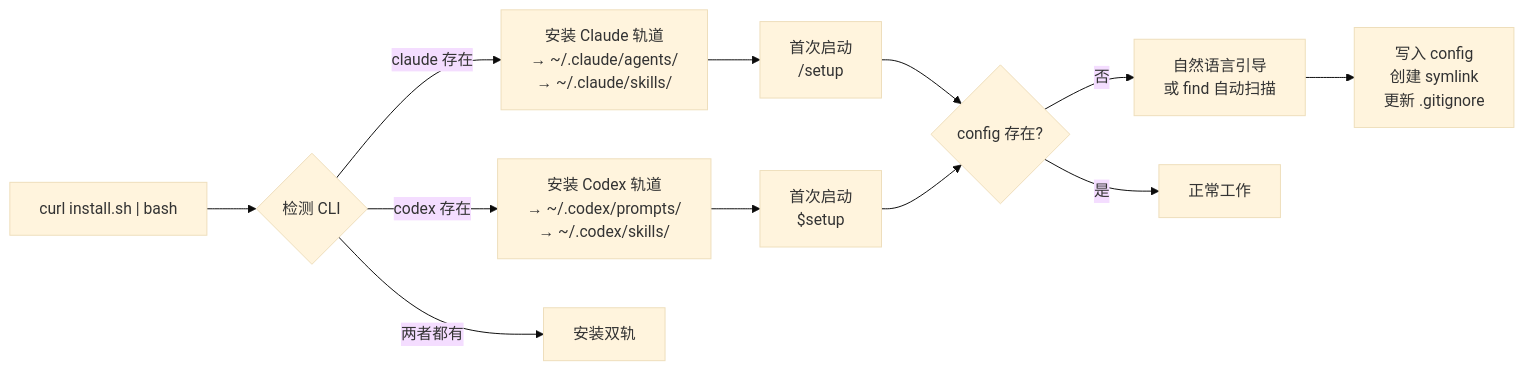
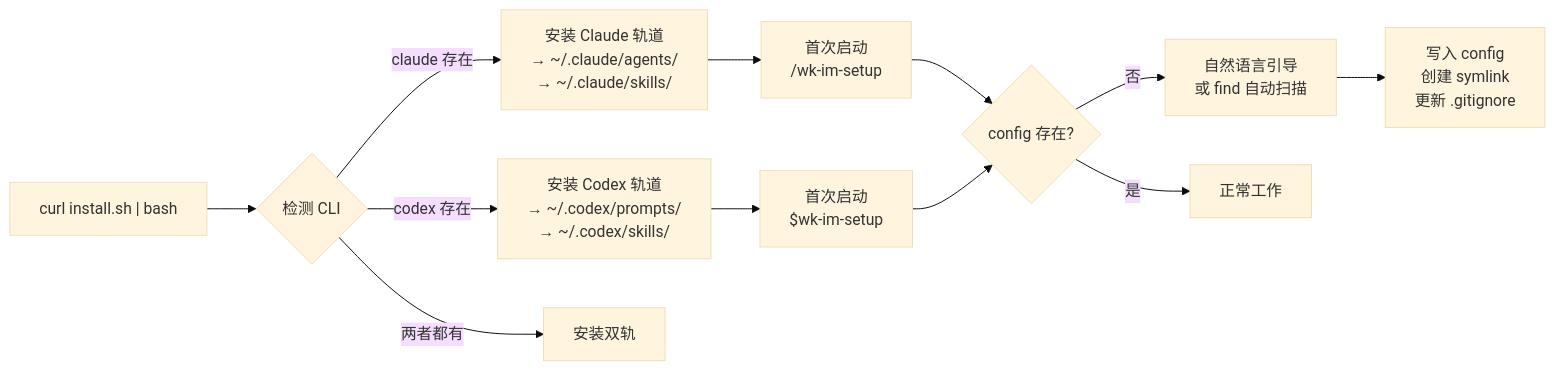
The second of 4 diagrams in wk-im-developer/README.md (YuXilong-Labs/Agents), drawn with Mermaid (base theme) before and after one commit. The commit also changed other lines of this file, not shown here.

````diff
--- a/wk-im-developer/README.md
+++ b/wk-im-developer/README.md
@@ -48,16 +48,16 @@
 ```mermaid
 graph LR
     A["curl install.sh | bash"] --> B{检测 CLI}
     B -->|claude 存在| C["安装 Claude 轨道<br/>→ ~/.claude/agents/<br/>→ ~/.claude/skills/"]
     B -->|codex 存在| D["安装 Codex 轨道<br/>→ ~/.codex/prompts/<br/>→ ~/.codex/skills/"]
     B -->|两者都有| E[安装双轨]
 
-    C --> F["首次启动<br/>/setup"]
-    D --> G["首次启动<br/>$setup"]
+    C --> F["首次启动<br/>/wk-im-setup"]
+    D --> G["首次启动<br/>$wk-im-setup"]
 
     F --> H{config 存在?}
     G --> H
     H -->|否| I["自然语言引导<br/>或 find 自动扫描"]
     I --> J["写入 config<br/>创建 symlink<br/>更新 .gitignore"]
     H -->|是| K[正常工作]
 ```
````
